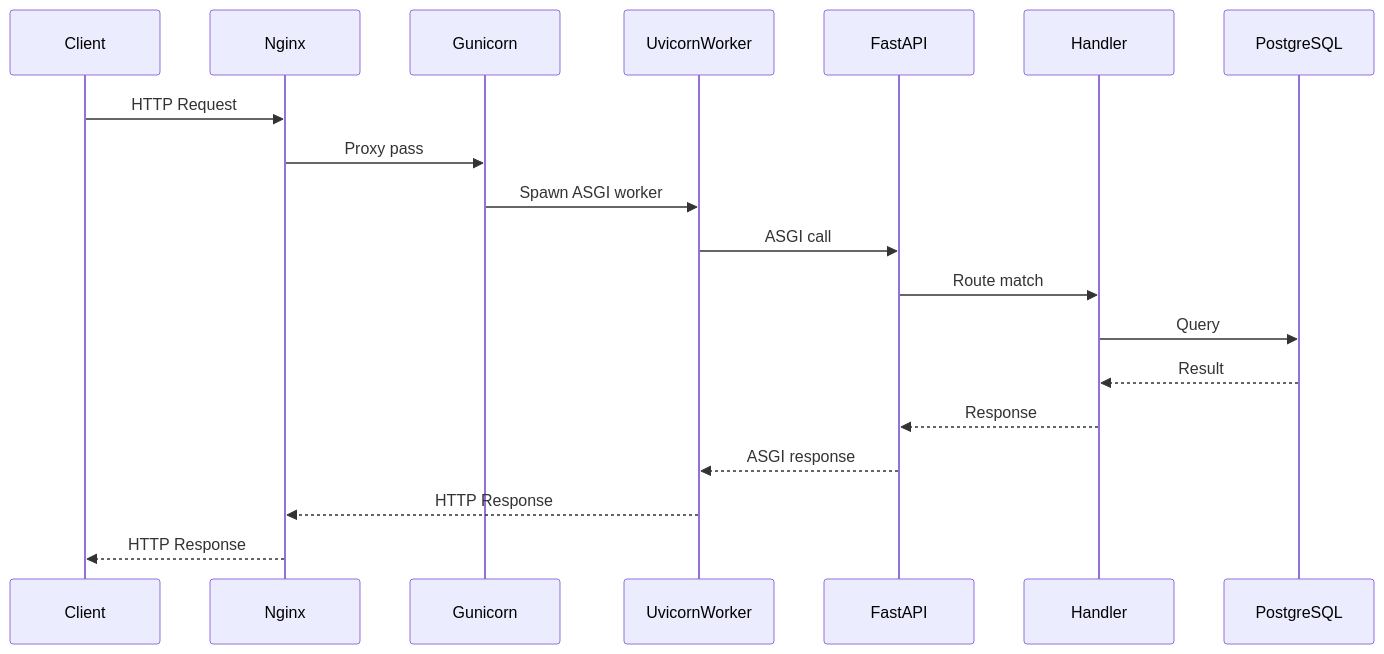
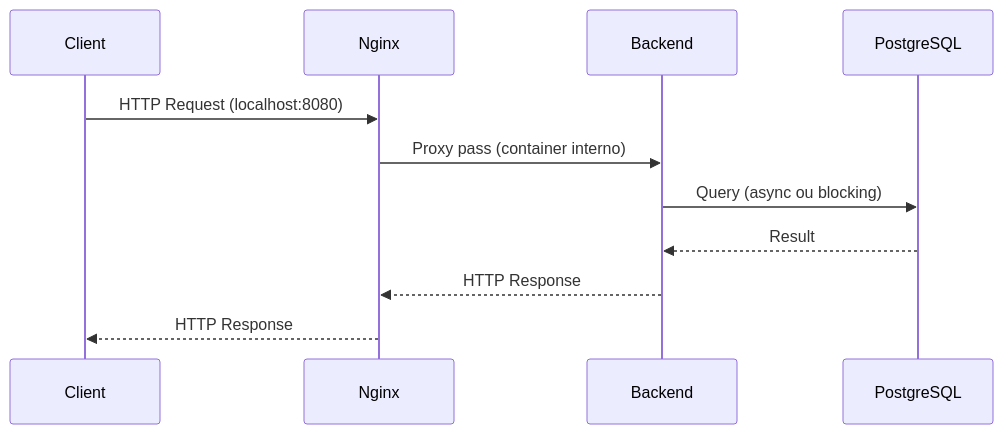
One commit to Elanoej/web-stack-benchmark changed the first of 2 diagrams in README.md. Above: the diagram before and after it, drawn with Mermaid. The commit also changed other lines of this file and 1 other file, not shown here.

````diff
--- a/README.md
+++ b/README.md
@@ -73,14 +69,9 @@
 ```mermaid
 sequenceDiagram
-    Client->>Nginx: HTTP Request
-    Nginx->>Gunicorn: Proxy pass
-    Gunicorn->>UvicornWorker: Spawn ASGI worker
-    UvicornWorker->>FastAPI: ASGI call
-    FastAPI->>Handler: Route match
-    Handler->>PostgreSQL: Query
-    PostgreSQL-->>Handler: Result
-    Handler-->>FastAPI: Response
-    FastAPI-->>UvicornWorker: ASGI response
-    UvicornWorker-->>Nginx: HTTP Response
+    Client->>Nginx: HTTP Request (localhost:8080)
+    Nginx->>Backend: Proxy pass (container interno)
+    Backend->>PostgreSQL: Query (async ou blocking)
+    PostgreSQL-->>Backend: Result
+    Backend-->>Nginx: HTTP Response
     Nginx-->>Client: HTTP Response
 ```
````
